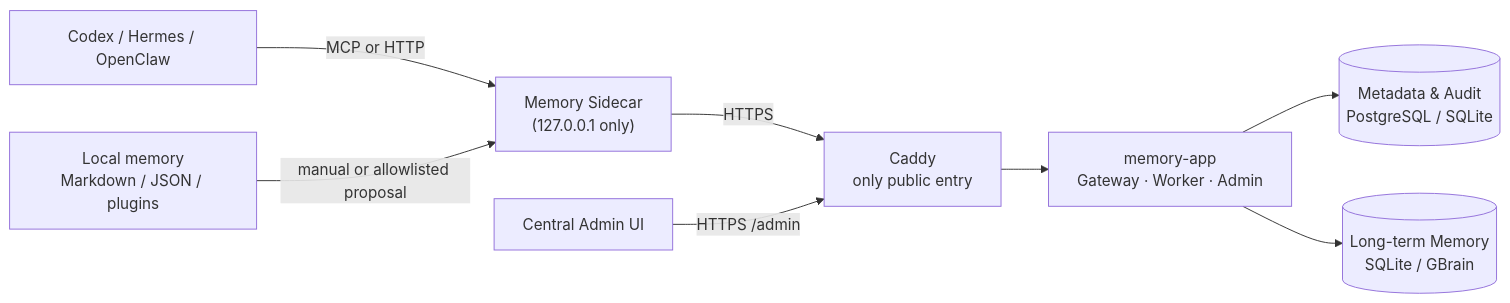
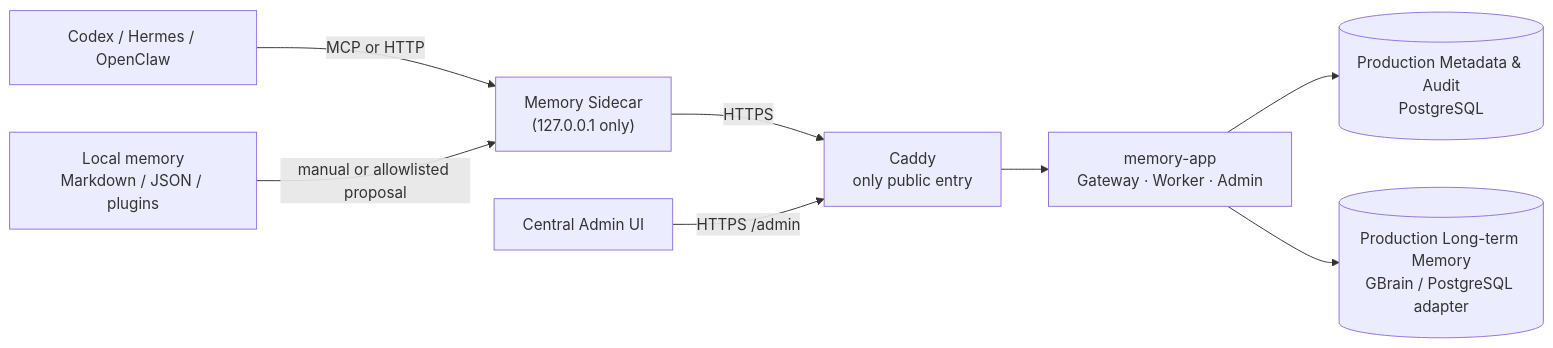
The diagram in README_EN.md (Buildlee/agent-memory-gateway), drawn with Mermaid before and after one commit. The commit also changed other lines of this file and 67 other files, not shown here.

````diff
--- a/README_EN.md
+++ b/README_EN.md
@@ -69,10 +96,10 @@
 ```mermaid
 flowchart LR
   A["Codex / Hermes / OpenClaw"] -->|MCP or HTTP| S["Memory Sidecar<br/>(127.0.0.1 only)"]
   S -->|HTTPS| P["Caddy<br/>only public entry"]
   P --> APP["memory-app<br/>Gateway · Worker · Admin"]
-  APP --> M[("Metadata & Audit<br/>PostgreSQL / SQLite")]
-  APP --> B[("Long-term Memory<br/>SQLite / GBrain")]
+  APP --> M[("Production Metadata & Audit<br/>PostgreSQL")]
+  APP --> B[("Production Long-term Memory<br/>GBrain / PostgreSQL adapter")]
   L["Local memory<br/>Markdown / JSON / plugins"] -->|"manual or allowlisted proposal"| S
   R["Central Admin UI"] -->|"HTTPS /admin"| P
 ```
````
